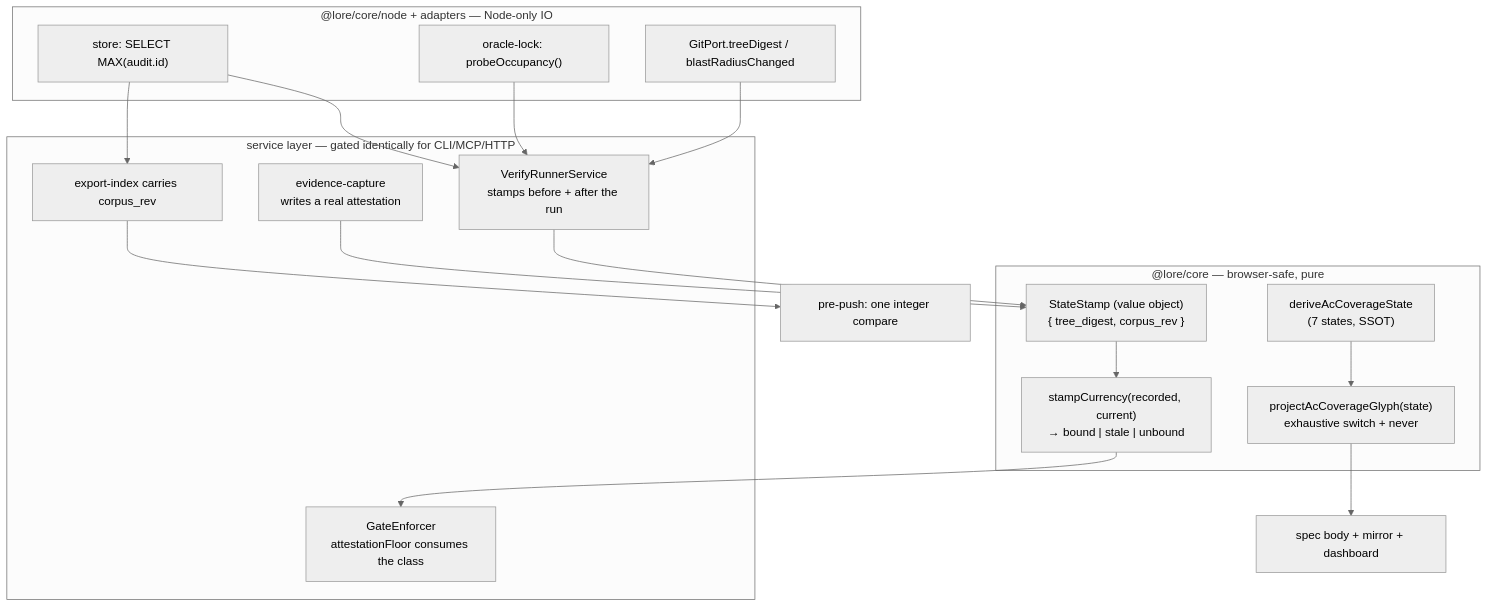
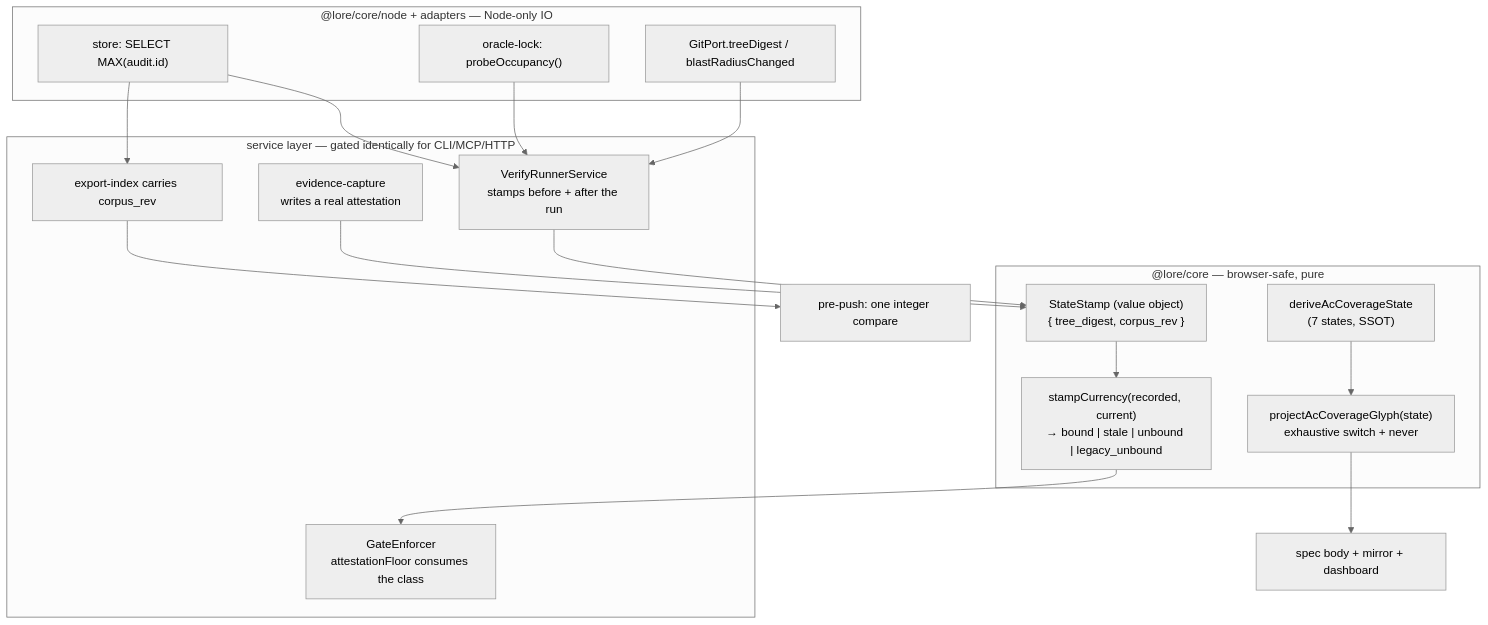
Before and after one commit to daniel1zz/lore: the first of 2 diagrams in docs/requirements/spec/SPEC-143-corpus-truthfulness-a-verdict-must-carry-the-state.md, drawn with Mermaid (neutral theme). The commit also changed other lines of this file and 11 other files, not shown here.

````diff
--- a/docs/requirements/spec/SPEC-143-corpus-truthfulness-a-verdict-must-carry-the-state.md
+++ b/docs/requirements/spec/SPEC-143-corpus-truthfulness-a-verdict-must-carry-the-state.md
@@ -99,34 +100,34 @@
 ```mermaid
 flowchart TB
   subgraph core["@lore/core — browser-safe, pure"]
     SS["StateStamp (value object)<br/>{ tree_digest, corpus_rev }"]
-    SC["stampCurrency(recorded, current)<br/>→ bound | stale | unbound"]
+    SC["stampCurrency(recorded, current)<br/>→ bound | stale | unbound | legacy_unbound"]
     DS["deriveAcCoverageState<br/>(7 states, SSOT)"]
     PG["projectAcCoverageGlyph(state)<br/>exhaustive switch + never"]
   end
 
   subgraph node["@lore/core/node + adapters — Node-only IO"]
     GP["GitPort.treeDigest / blastRadiusChanged"]
     OL["oracle-lock: probeOccupancy()"]
     AR["store: SELECT MAX(audit.id)"]
   end
 
   subgraph svc["service layer — gated identically for CLI/MCP/HTTP"]
     VR["VerifyRunnerService<br/>stamps before + after the run"]
     EC["evidence-capture<br/>writes a real attestation"]
     GE["GateEnforcer<br/>attestationFloor consumes the class"]
     EX["export-index carries corpus_rev"]
   end
 
   GP --> VR
   OL --> VR
   AR --> VR
   VR --> SS
   SS --> SC
   SC --> GE
   DS --> PG
   PG --> OUT["spec body + mirror + dashboard"]
   EC --> SS
   AR --> EX
   EX --> PP["pre-push: one integer compare"]
 ```
````
